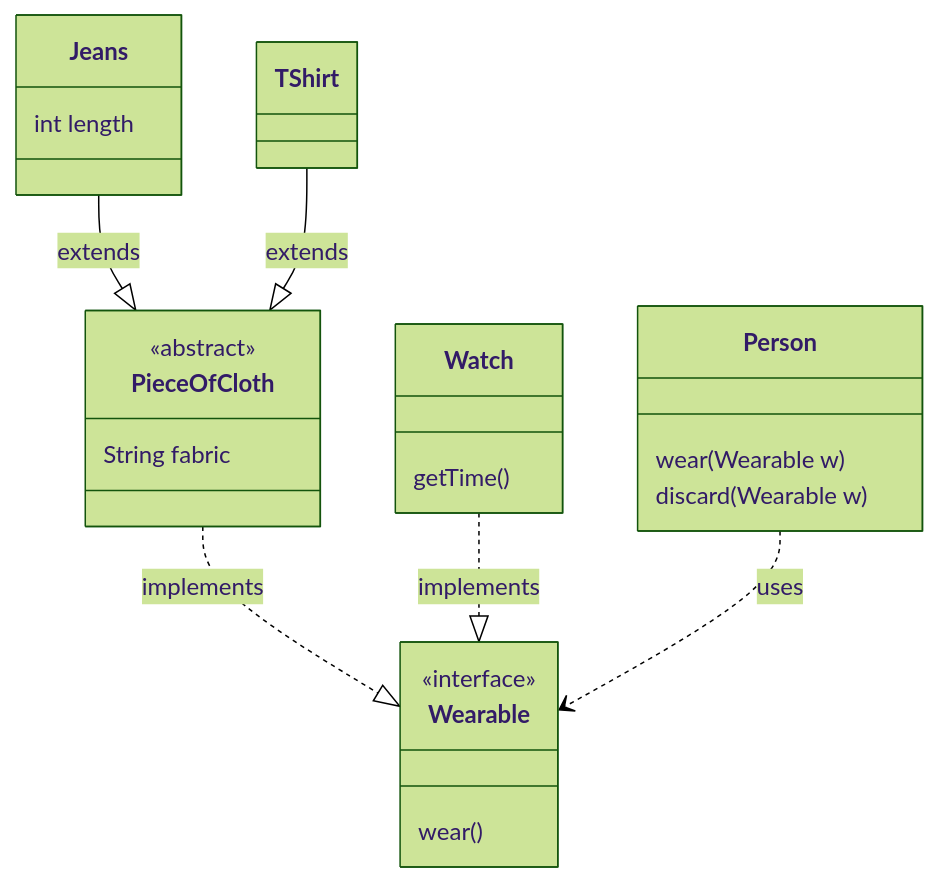
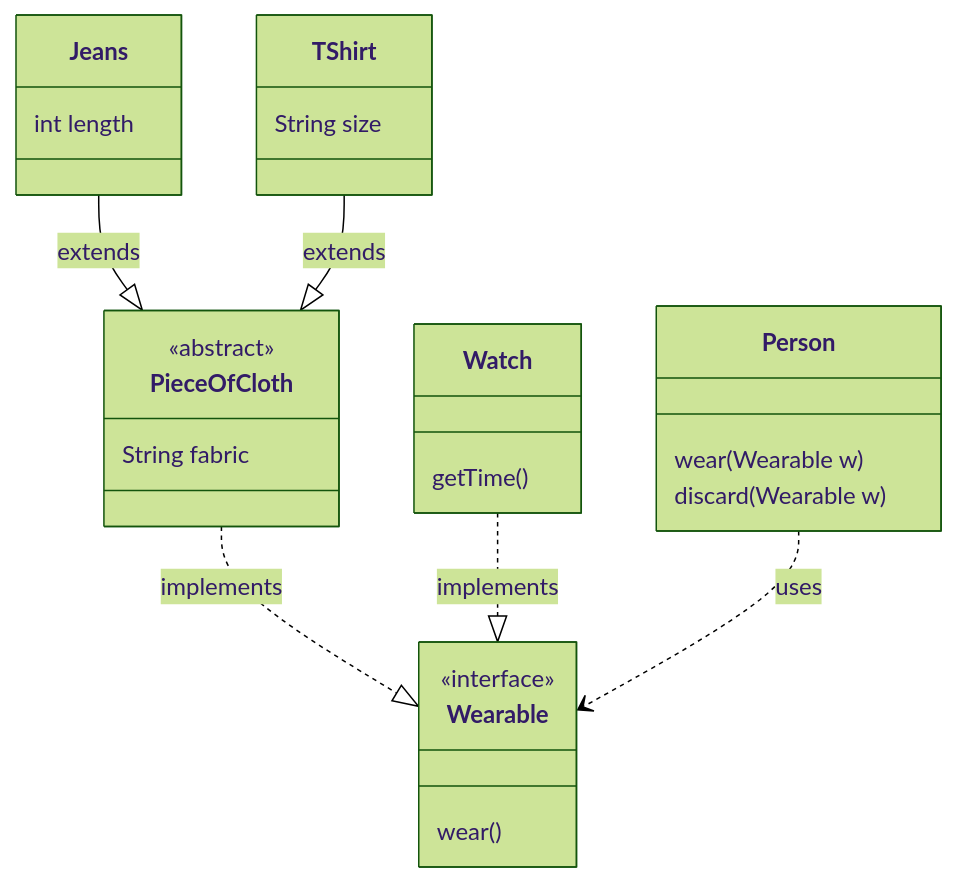
Before and after one commit to volkmann-design-code/IU-DSPWA1022-Programmierung-von-Web-Anwendungen: the diagram in slides/00720-oop-interfaces.md, drawn with Mermaid (forest theme). The commit also changed 4 other files, not shown here.

````diff
--- a/slides/00720-oop-interfaces.md
+++ b/slides/00720-oop-interfaces.md
@@ -22,34 +22,35 @@
 ```mermaid
 classDiagram
     PieceOfCloth ..|> Wearable : implements
     Watch ..|> Wearable : implements
     Jeans --|> PieceOfCloth : extends
     TShirt --|> PieceOfCloth : extends
     Person ..> Wearable : uses
 
     class Wearable {
         <<interface>>
         wear()
     }
 
     class PieceOfCloth {
         <<abstract>>
         String fabric
     }
 
     class Jeans {
         int length
     }
 
     class TShirt {
+        String size
     }
 
     class Watch {
         getTime()
     }
 
     class Person {
         wear(Wearable w)
         discard(Wearable w)
     }
 ```
````
